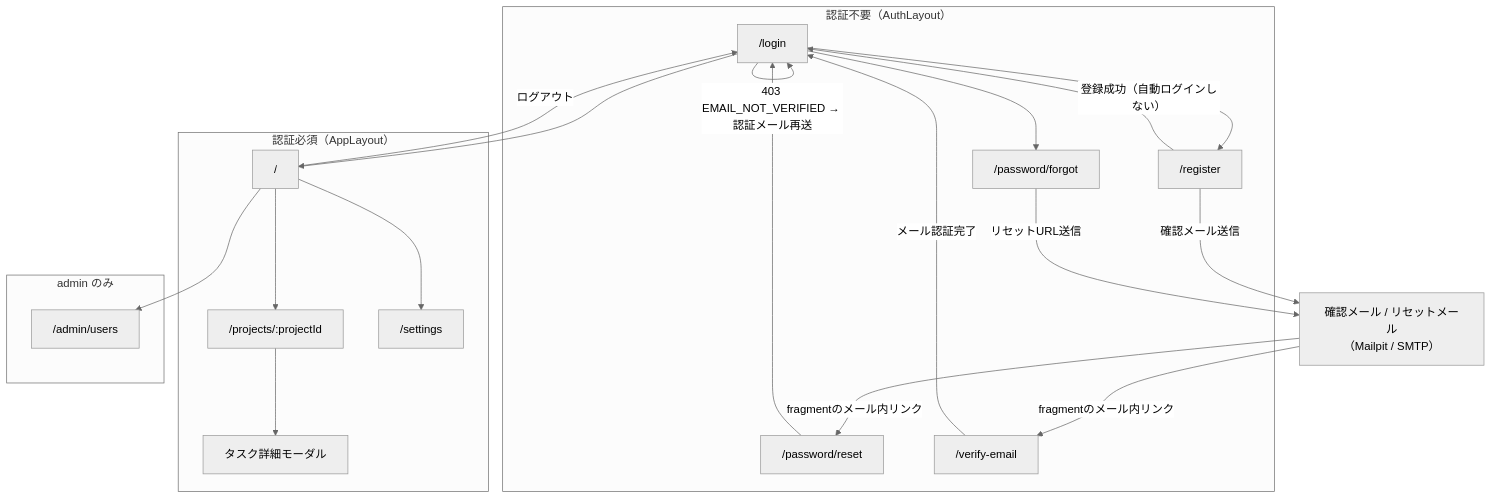
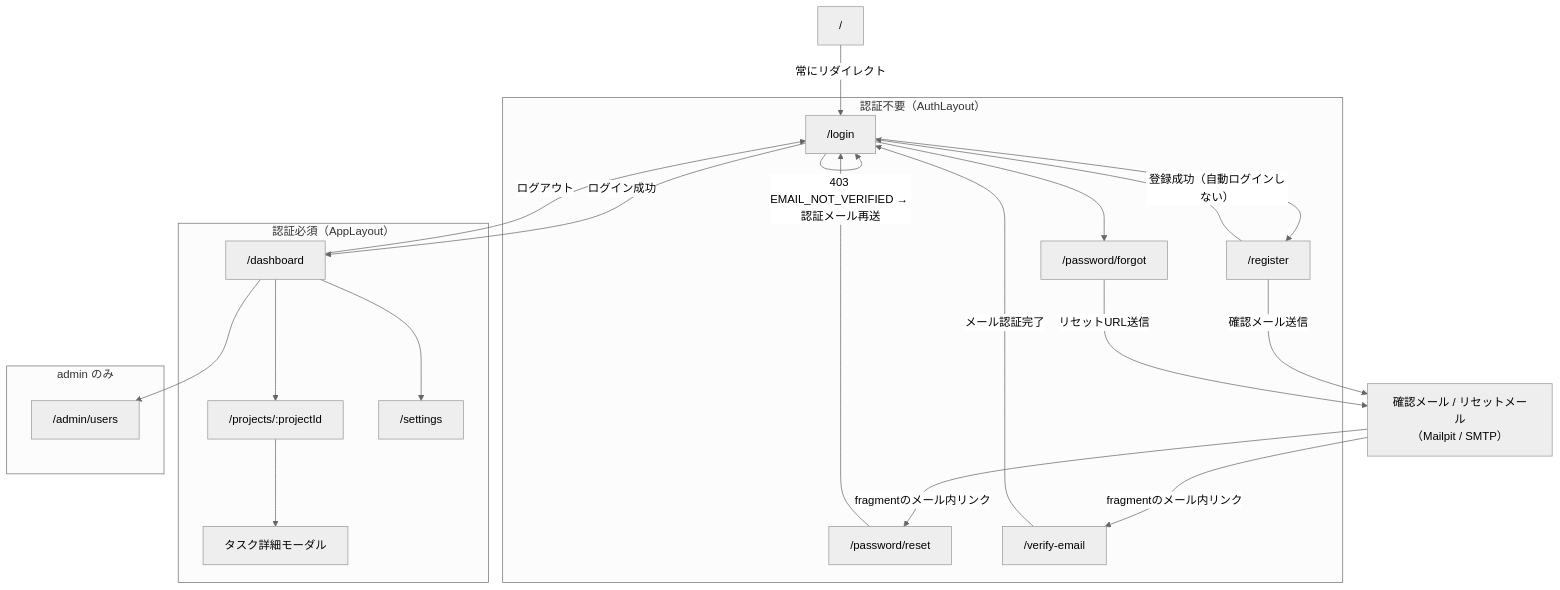
One commit to oikawa-d/task_management changed the first of 7 diagrams in basic_design/05_frontend.md. Above: the diagram before and after it, drawn with Mermaid (neutral theme). The commit also changed other lines of this file and 14 other files, not shown here.

````diff
--- a/basic_design/05_frontend.md
+++ b/basic_design/05_frontend.md
@@ -74,37 +76,39 @@
 ```mermaid
 flowchart TB
     subgraph public["認証不要（AuthLayout）"]
         L["/login"]
         R["/register"]
         PF["/password/forgot"]
         PR["/password/reset"]
         VE["/verify-email"]
     end
+    ROOT["/"]
     subgraph private["認証必須（AppLayout）"]
-        D["/"]
+        D["/dashboard"]
         B["/projects/:projectId"]
         T["タスク詳細モーダル"]
         S["/settings"]
     end
     subgraph adminonly["admin のみ"]
         AU["/admin/users"]
     end
     MAIL["確認メール / リセットメール<br/>（Mailpit / SMTP）"]
 
-    L --> D
+    ROOT -->|"常にリダイレクト"| L
+    L -->|"ログイン成功"| D
     L --> R
     L --> PF
     PR --> L
     R -->|"登録成功（自動ログインしない）"| L
     R -->|"確認メール送信"| MAIL
     MAIL -->|"fragmentのメール内リンク"| VE
     PF -->|"リセットURL送信"| MAIL
     MAIL -->|"fragmentのメール内リンク"| PR
     VE -->|"メール認証完了"| L
     L -->|"403 EMAIL_NOT_VERIFIED → 認証メール再送"| L
     D --> B
     B --> T
     D --> S
     D --> AU
     D -->|ログアウト| L
 ```
````
